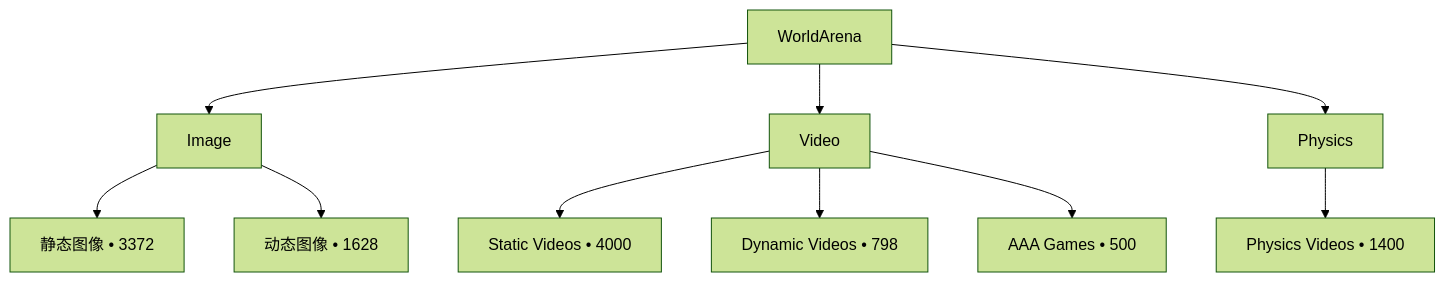
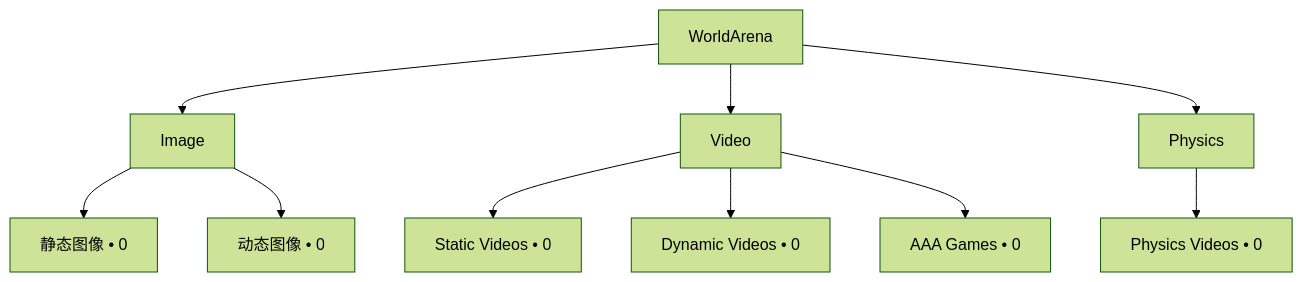
One commit to OpenEnvision/WorldAtlas changed the diagram in docs/zh/overview.md. Above: the diagram before and after it, drawn with Mermaid (forest theme). The commit also changed other lines of this file and 46 other files, not shown here.

````diff
--- a/docs/zh/overview.md
+++ b/docs/zh/overview.md
@@ -31,13 +31,13 @@
 ```mermaid
 graph TD
   root[WorldArena]
   root --> images[Image]
   root --> videos[Video]
   root --> physics[Physics]
-  images --> static_images[静态图像 • 3372]
-  images --> dynamic_images[动态图像 • 1628]
-  videos --> static_videos[Static Videos • 4000]
-  videos --> dynamic_videos[Dynamic Videos • 798]
-  videos --> aaa_games[AAA Games • 500]
-  physics --> physics_videos[Physics Videos • 1400]
+  images --> static_images[静态图像 • 0]
+  images --> dynamic_images[动态图像 • 0]
+  videos --> static_videos[Static Videos • 0]
+  videos --> dynamic_videos[Dynamic Videos • 0]
+  videos --> aaa_games[AAA Games • 0]
+  physics --> physics_videos[Physics Videos • 0]
 ```
````
